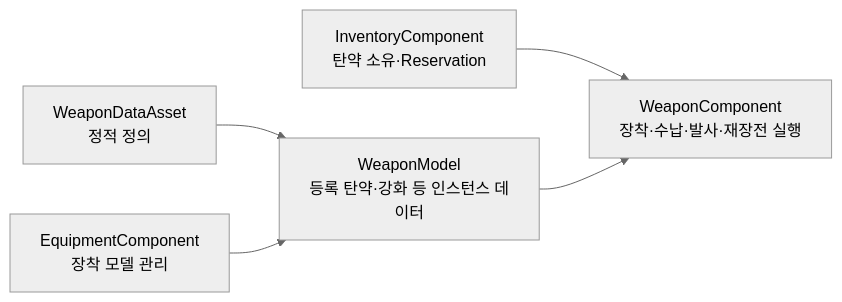
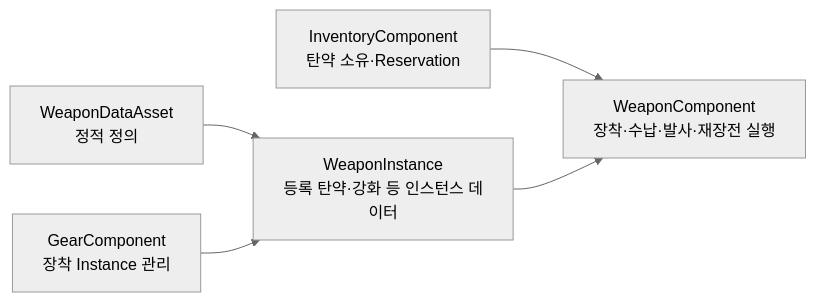
The third of 3 diagrams in Wiki/03_시스템 설계/작업 규칙.md (liang2papa/Astra_Docs), drawn with Mermaid (neutral theme) before and after one commit. The commit also changed other lines of this file and 11 other files, not shown here.

````diff
--- a/Wiki/03_시스템 설계/작업 규칙.md
+++ b/Wiki/03_시스템 설계/작업 규칙.md
@@ -60,7 +60,7 @@
 ```mermaid
 flowchart LR
-    Data["WeaponDataAsset\n정적 정의"] --> Model["WeaponModel\n등록 탄약·강화 등 인스턴스 데이터"]
-    Equipment["EquipmentComponent\n장착 모델 관리"] --> Model
+    Data["WeaponDataAsset\n정적 정의"] --> Model["WeaponInstance\n등록 탄약·강화 등 인스턴스 데이터"]
+    Equipment["GearComponent\n장착 Instance 관리"] --> Model
     Inventory["InventoryComponent\n탄약 소유·Reservation"] --> Component
     Model --> Component["WeaponComponent\n장착·수납·발사·재장전 실행"]
 ```
````
